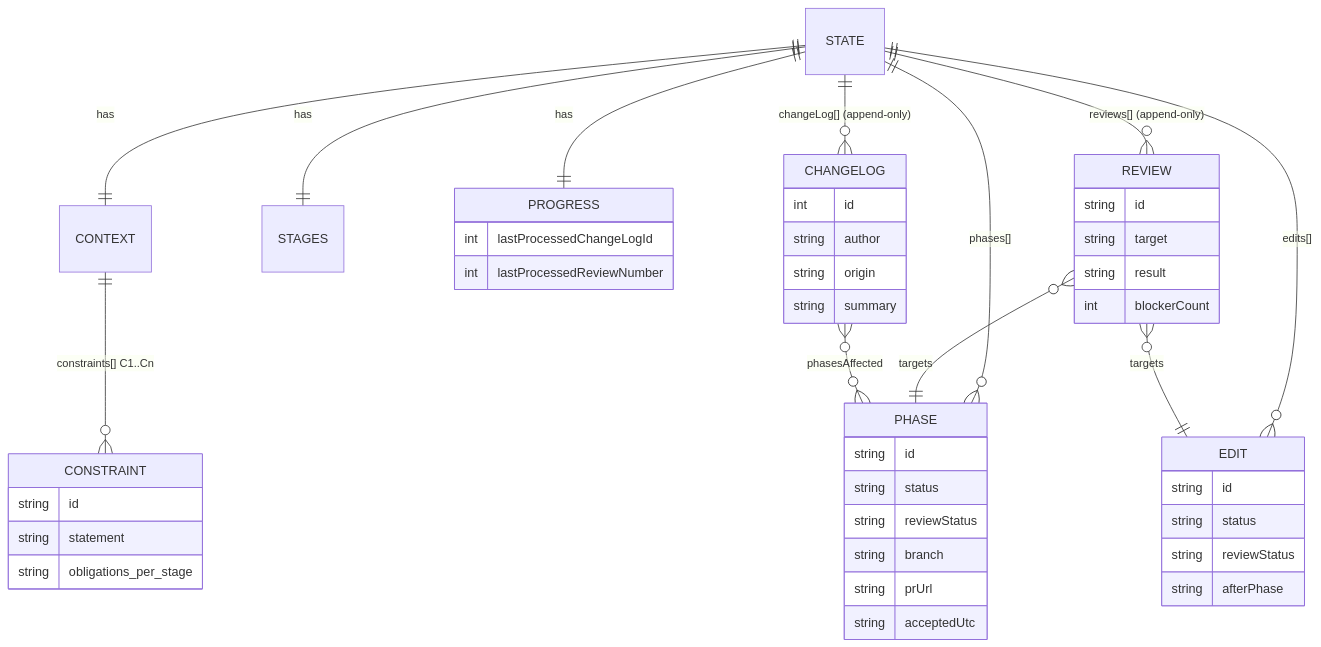
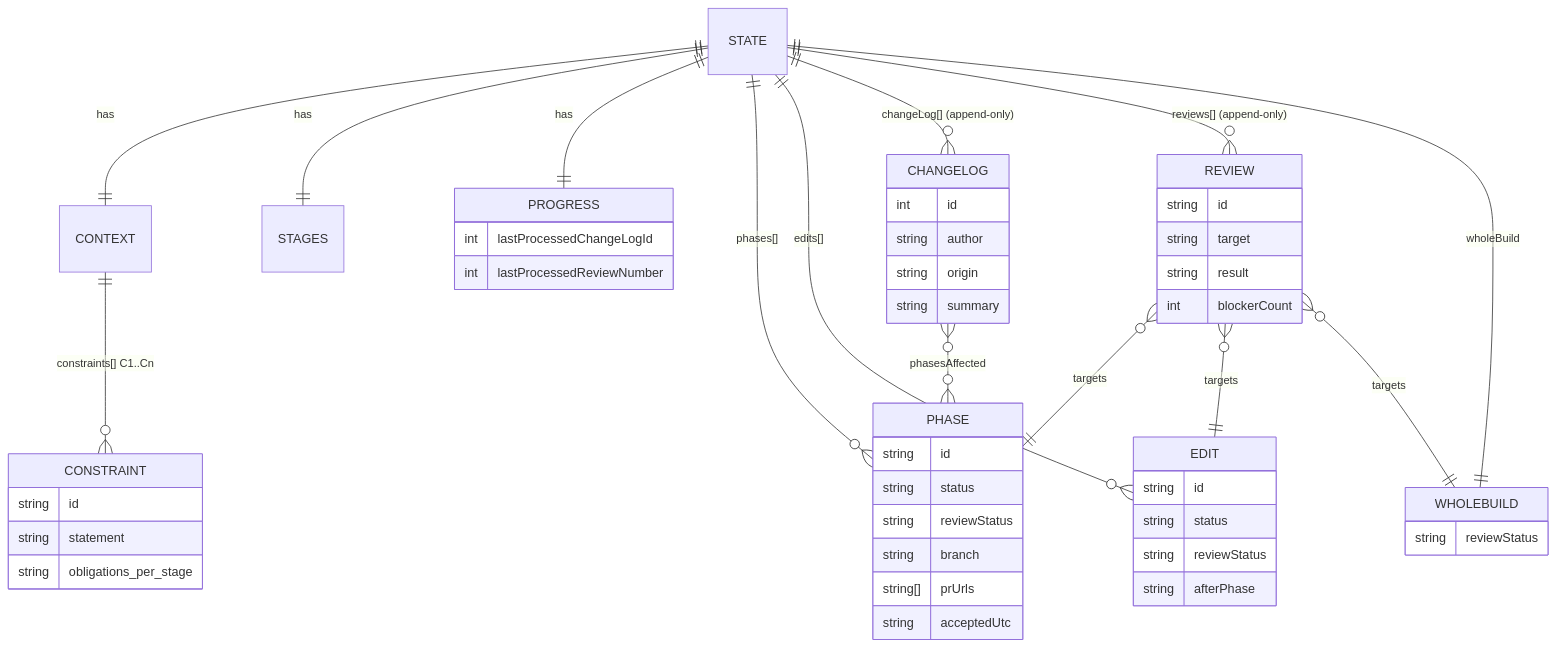
The second of 4 diagrams in ModernizationHarness/docs/DESIGN.md (Mabeesha/AppModernizationHarness), drawn with Mermaid before and after one commit. The commit also changed other lines of this file and 11 other files, not shown here.

````diff
--- a/ModernizationHarness/docs/DESIGN.md
+++ b/ModernizationHarness/docs/DESIGN.md
@@ -77,21 +77,24 @@
 ```mermaid
 erDiagram
     STATE ||--|| CONTEXT : has
     STATE ||--|| STAGES : has
     STATE ||--|| PROGRESS : has
     STATE ||--o{ PHASE : "phases[]"
     STATE ||--o{ EDIT : "edits[]"
     STATE ||--o{ CHANGELOG : "changeLog[] (append-only)"
     STATE ||--o{ REVIEW : "reviews[] (append-only)"
+    STATE ||--|| WHOLEBUILD : "wholeBuild"
     CONTEXT ||--o{ CONSTRAINT : "constraints[] C1..Cn"
     REVIEW }o--|| PHASE : targets
     REVIEW }o--|| EDIT : targets
+    REVIEW }o--|| WHOLEBUILD : targets
     CHANGELOG }o--o{ PHASE : phasesAffected
 
     CONSTRAINT { string id  string statement  string obligations_per_stage }
-    PHASE   { string id  string status  string reviewStatus  string branch  string prUrl  string acceptedUtc }
+    PHASE   { string id  string status  string reviewStatus  string branch  string[] prUrls  string acceptedUtc }
     EDIT    { string id  string status  string reviewStatus  string afterPhase }
     CHANGELOG { int id  string author  string origin  string summary }
     REVIEW  { string id  string target  string result  int blockerCount }
+    WHOLEBUILD { string reviewStatus }
     PROGRESS { int lastProcessedChangeLogId  int lastProcessedReviewNumber }
 ```
````
